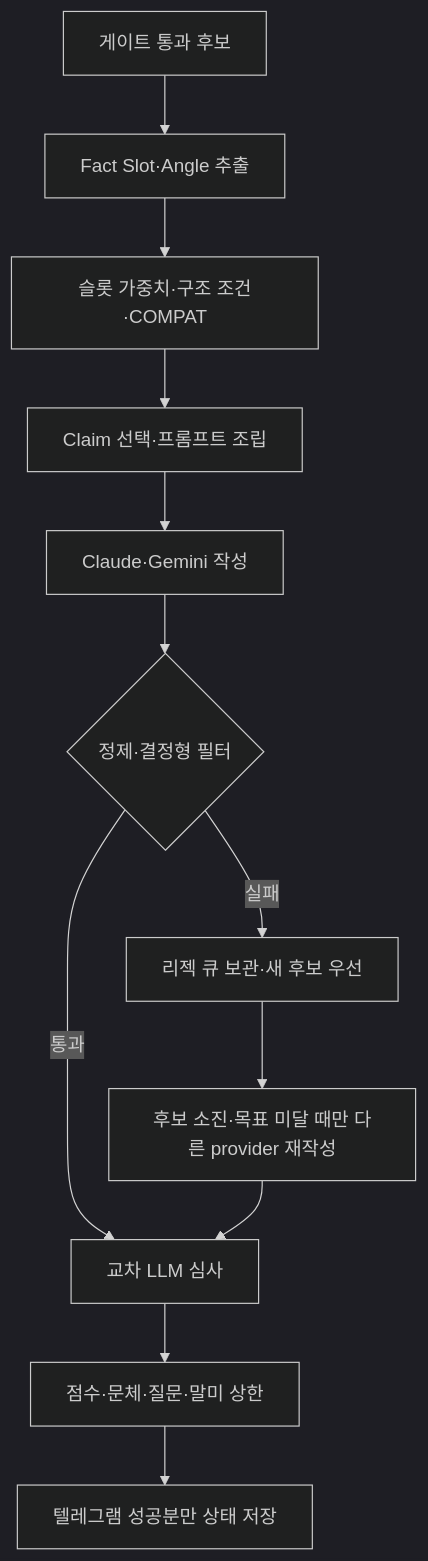
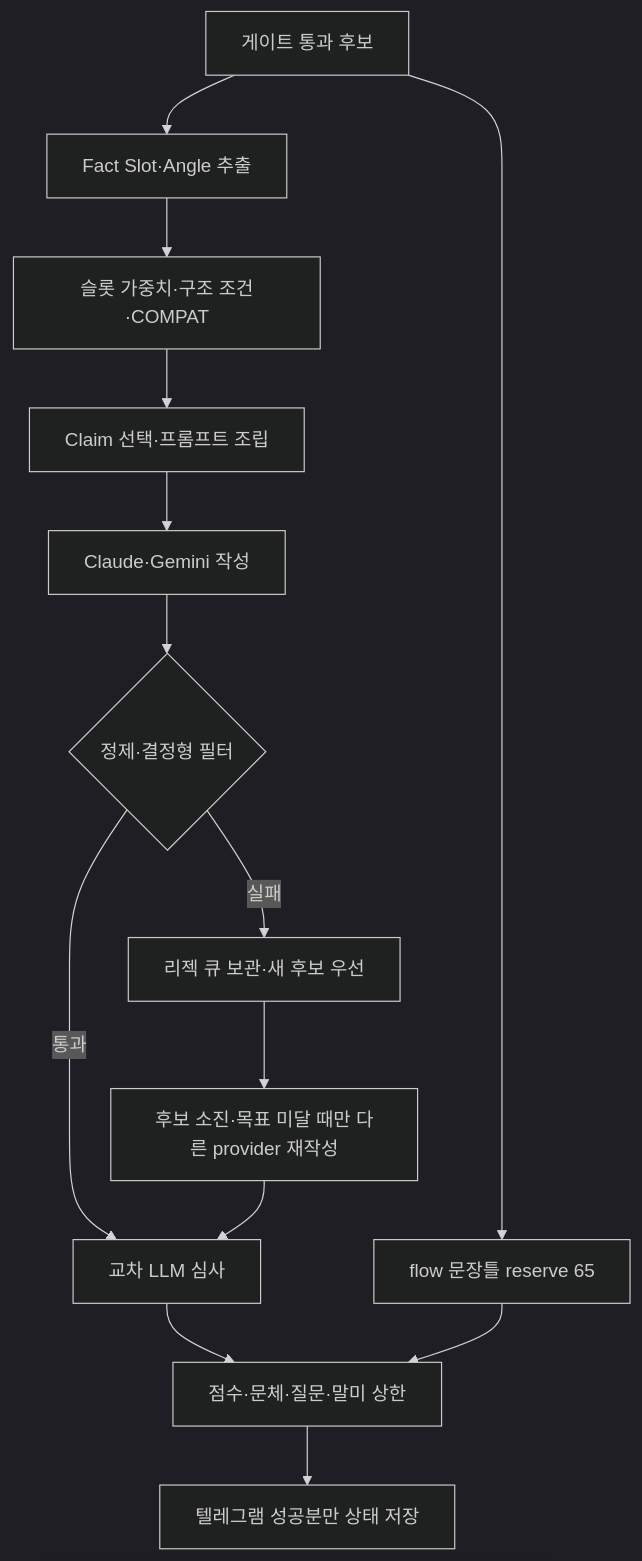
Before and after one commit to jinhoo-choi/kis-community-bot: the diagram in docs/PERSONA_GENERATION_PROCESS.md, drawn with Mermaid (dark theme). The commit also changed other lines of this file and 5 other files, not shown here.

````diff
--- a/docs/PERSONA_GENERATION_PROCESS.md
+++ b/docs/PERSONA_GENERATION_PROCESS.md
@@ -24,14 +25,16 @@
 ```mermaid
 flowchart TD
-    A["게이트 통과 후보"] --> B["Fact Slot·Angle 추출"]
+    A["게이트 통과 후보"] --> R["flow 문장틀 reserve 65"]
+    A --> B["Fact Slot·Angle 추출"]
     B --> C["슬롯 가중치·구조 조건·COMPAT"]
     C --> D["Claim 선택·프롬프트 조립"]
     D --> E["Claude·Gemini 작성"]
     E --> F{"정제·결정형 필터"}
     F -->|실패| G["리젝 큐 보관·새 후보 우선"]
     F -->|통과| H["교차 LLM 심사"]
     G --> K["후보 소진·목표 미달 때만 다른 provider 재작성"]
     K --> H
     H --> I["점수·문체·질문·말미 상한"]
+    R --> I
     I --> J["텔레그램 성공분만 상태 저장"]
 ```
````
